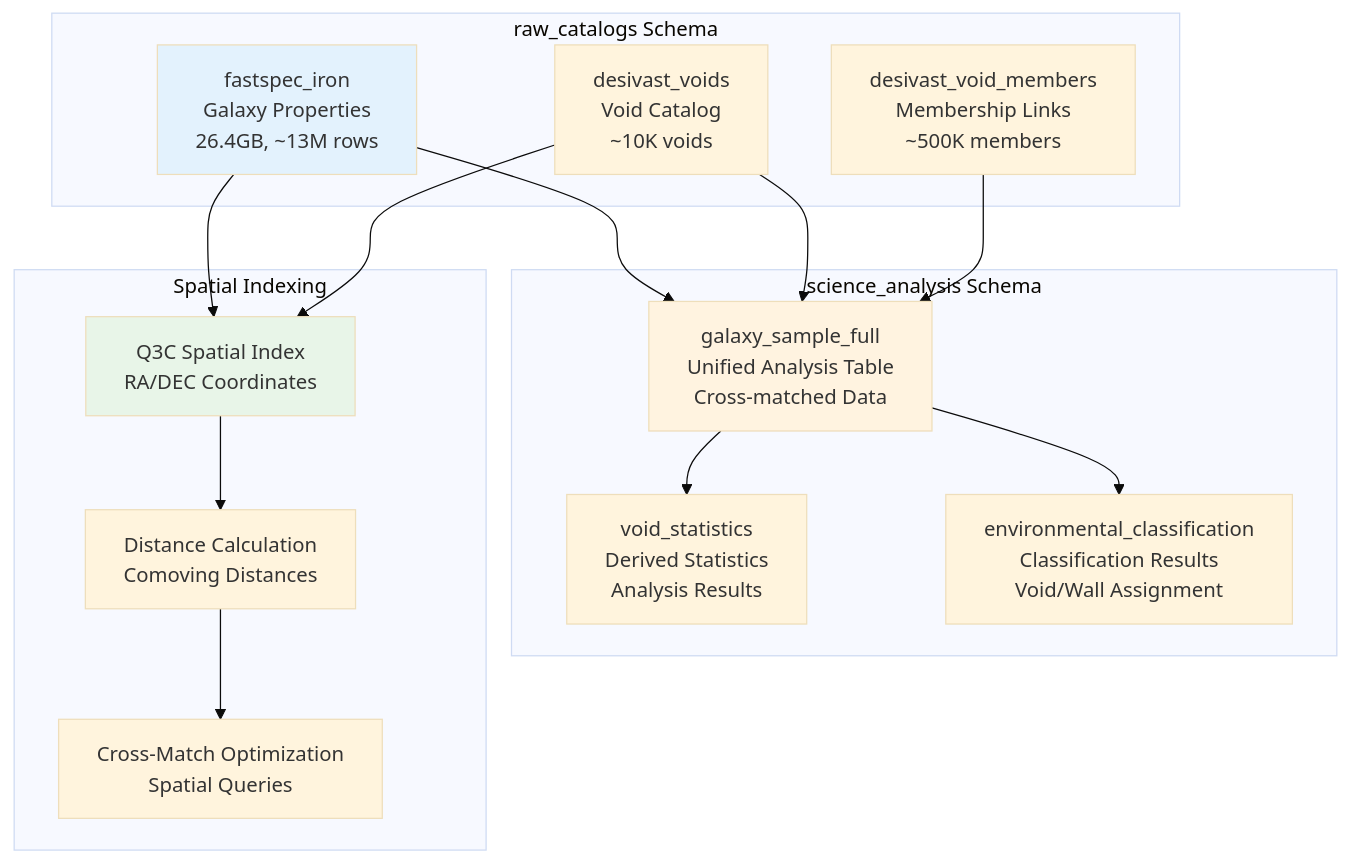
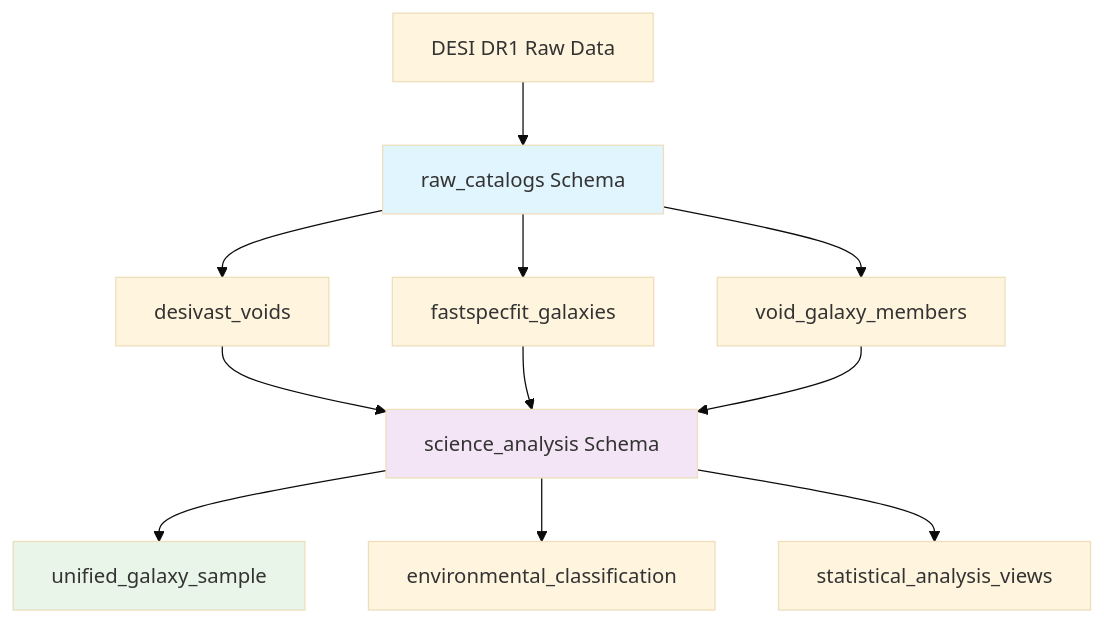
Before and after one commit to Pxomox-Astronomy-Lab/desi-cosmic-void-galaxies: the diagram in infrastructure/database/database-schema.md, drawn with Mermaid (base theme). The commit also changed other lines of this file and 26 other files, not shown here.

````diff
--- a/infrastructure/database/database-schema.md
+++ b/infrastructure/database/database-schema.md
@@ -121,34 +120,19 @@
 ```mermaid
-graph TB
-    subgraph "raw_catalogs Schema"
-        RC1[fastspec_iron<br/>Galaxy Properties<br/>26.4GB, ~13M rows]
-        RC2[desivast_voids<br/>Void Catalog<br/>~10K voids]
-        RC3[desivast_void_members<br/>Membership Links<br/>~500K members]
-    end
+graph TD
+    A[DESI DR1 Raw Data] --> B[raw_catalogs Schema]
+    B --> C[desivast_voids]
+    B --> D[fastspecfit_galaxies] 
+    B --> E[void_galaxy_members]
     
-    subgraph "science_analysis Schema"
-        SA1[galaxy_sample_full<br/>Unified Analysis Table<br/>Cross-matched Data]
-        SA2[void_statistics<br/>Derived Statistics<br/>Analysis Results]
-        SA3[environmental_classification<br/>Classification Results<br/>Void/Wall Assignment]
-    end
+    C --> F[science_analysis Schema]
+    D --> F
+    E --> F
     
-    subgraph "Spatial Indexing"
-        IDX1[Q3C Spatial Index<br/>RA/DEC Coordinates]
-        IDX2[Distance Calculation<br/>Comoving Distances]
-        IDX3[Cross-Match Optimization<br/>Spatial Queries]
-    end
+    F --> G[unified_galaxy_sample]
+    F --> H[environmental_classification]
+    F --> I[statistical_analysis_views]
     
-    RC1 --> SA1
-    RC2 --> SA1
-    RC3 --> SA1
-    SA1 --> SA2
-    SA1 --> SA3
-    RC1 --> IDX1
-    RC2 --> IDX1
-    IDX1 --> IDX2
-    IDX2 --> IDX3
-    
-    style RC1 fill:#e3f2fd
-    style SA1 fill:#fff3e0
-    style IDX1 fill:#e8f5e8
+    style B fill:#e1f5fe
+    style F fill:#f3e5f5
+    style G fill:#e8f5e8
 ```
````
